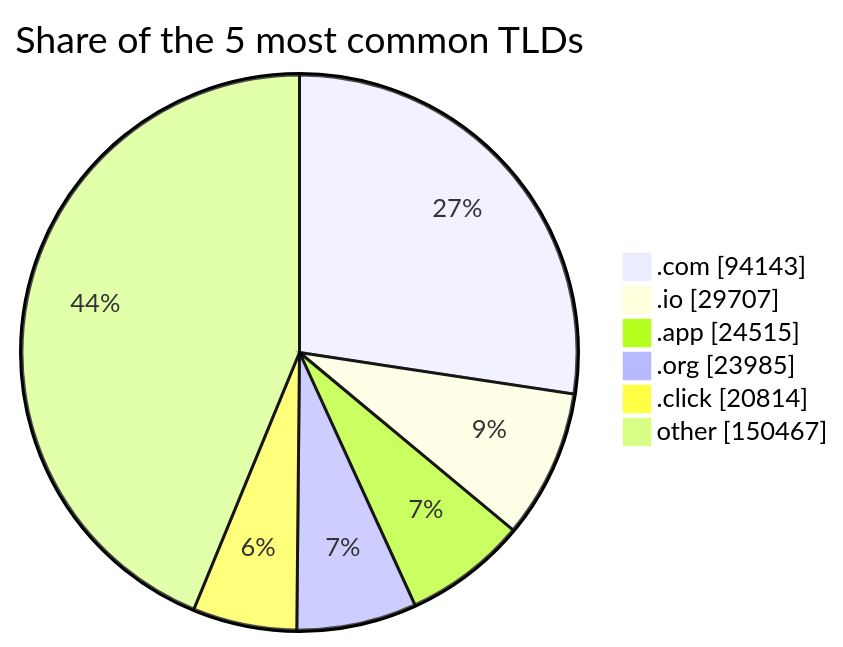
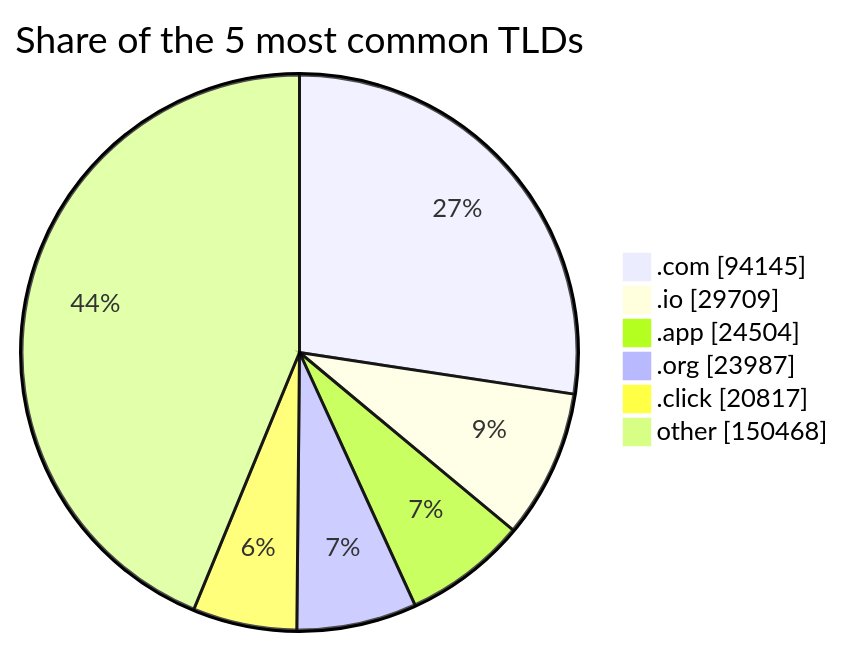
One commit to DNSBunker/CTI changed the third of 3 diagrams in README.md. Above: the diagram before and after it, drawn with Mermaid. The commit also changed other lines of this file and 3 other files, not shown here.

````diff
--- a/README.md
+++ b/README.md
@@ -81,9 +81,9 @@
 ```mermaid
 pie showData title Share of the 5 most common TLDs
-    ".com" : 94143
-    ".io" : 29707
-    ".app" : 24515
-    ".org" : 23985
-    ".click" : 20814
-    "other" : 150467
+    ".com" : 94145
+    ".io" : 29709
+    ".app" : 24504
+    ".org" : 23987
+    ".click" : 20817
+    "other" : 150468
 ```
````
